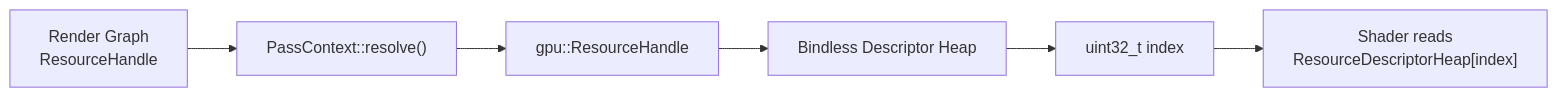
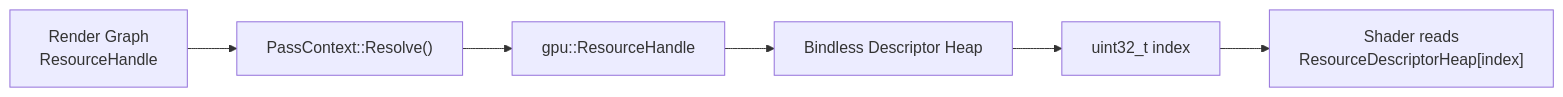
Before and after one commit to harmonius-dev/harmonius: the tenth of 10 diagrams in docs/design/shader-pipeline.md, drawn with Mermaid. The commit also changed other lines of this file and 67 other files, not shown here.

````diff
--- a/docs/design/shader-pipeline.md
+++ b/docs/design/shader-pipeline.md
@@ -1386,11 +1345,11 @@
 ```mermaid
 flowchart LR
     RG["Render Graph<br/>ResourceHandle"]
-    Resolve["PassContext::resolve()"]
+    Resolve["PassContext::Resolve()"]
     GPU_H["gpu::ResourceHandle"]
     Heap["Bindless Descriptor Heap"]
     Index["uint32_t index"]
     Shader["Shader reads<br/>ResourceDescriptorHeap[index]"]
 
     RG --> Resolve --> GPU_H --> Heap --> Index --> Shader
 ```
````
